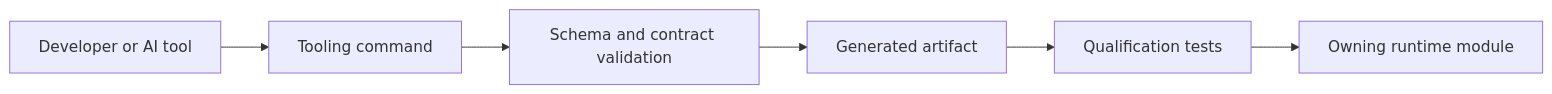
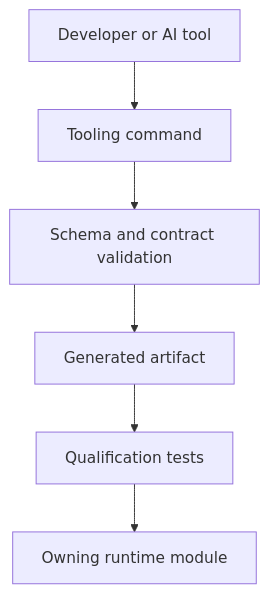
Before and after one commit to Nodics/nodics.ai: the first of 2 diagrams in nodics.docs/docs/pages/nodics.foundation/tooling-runtime-contracts.md, drawn with Mermaid. The commit also changed other lines of this file and 649 other files, not shown here.

````diff
--- a/nodics.docs/docs/pages/nodics.foundation/tooling-runtime-contracts.md
+++ b/nodics.docs/docs/pages/nodics.foundation/tooling-runtime-contracts.md
@@ -32,8 +52,8 @@
 ```mermaid
-flowchart LR
+flowchart TD
   Developer["Developer or AI tool"] --> Command["Tooling command"]
   Command --> Contract["Schema and contract validation"]
   Contract --> Artifact["Generated artifact"]
   Artifact --> Test["Qualification tests"]
   Test --> Runtime["Owning runtime module"]
 ```
````
